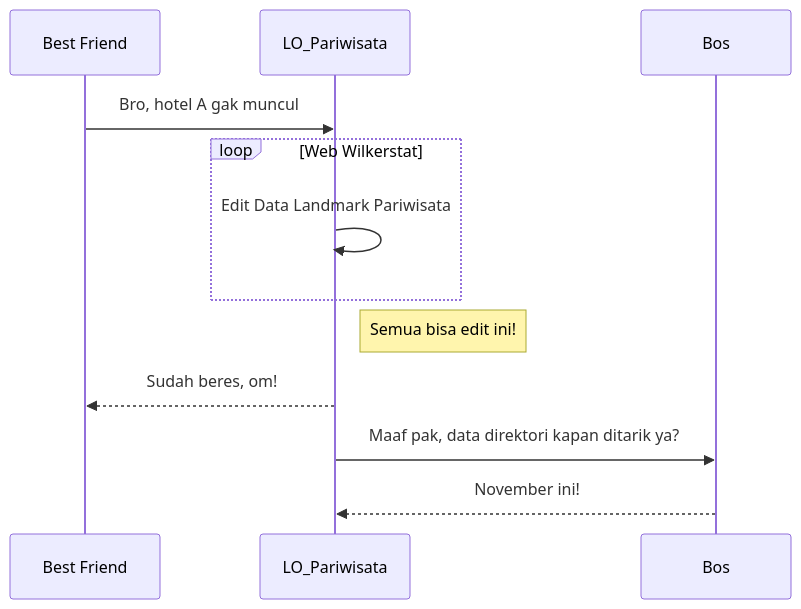
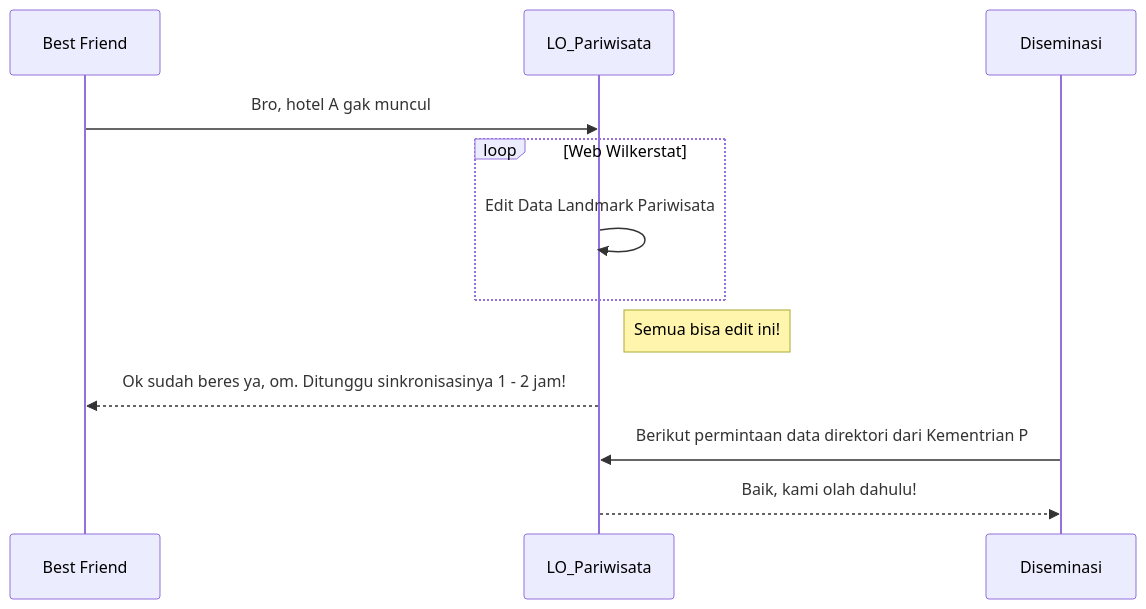
The diagram in diagram.md (iwanff1/laughing-nemesis), drawn with Mermaid before and after one commit.

````diff
--- a/diagram.md
+++ b/diagram.md
@@ -1,11 +1,11 @@
 ```mermaid
   sequenceDiagram;
   Best Friend->>LO_Pariwisata: Bro, hotel A gak muncul;
   loop Web Wilkerstat;
       LO_Pariwisata->>LO_Pariwisata: Edit Data Landmark Pariwisata;
   end;
   Note right of LO_Pariwisata: Semua bisa edit ini!;
-  LO_Pariwisata-->>Best Friend: Sudah beres, om!;
-  LO_Pariwisata->>Bos: Maaf pak, data direktori kapan ditarik ya?;
-  Bos-->>LO_Pariwisata: November ini!;
+  LO_Pariwisata-->>Best Friend: Ok sudah beres ya, om. Ditunggu sinkronisasinya 1 - 2 jam!;
+  Diseminasi->>LO_Pariwisata: Berikut permintaan data direktori dari Kementrian P;
+  LO_Pariwisata-->>Diseminasi: Baik, kami olah dahulu!;
 ```
````
